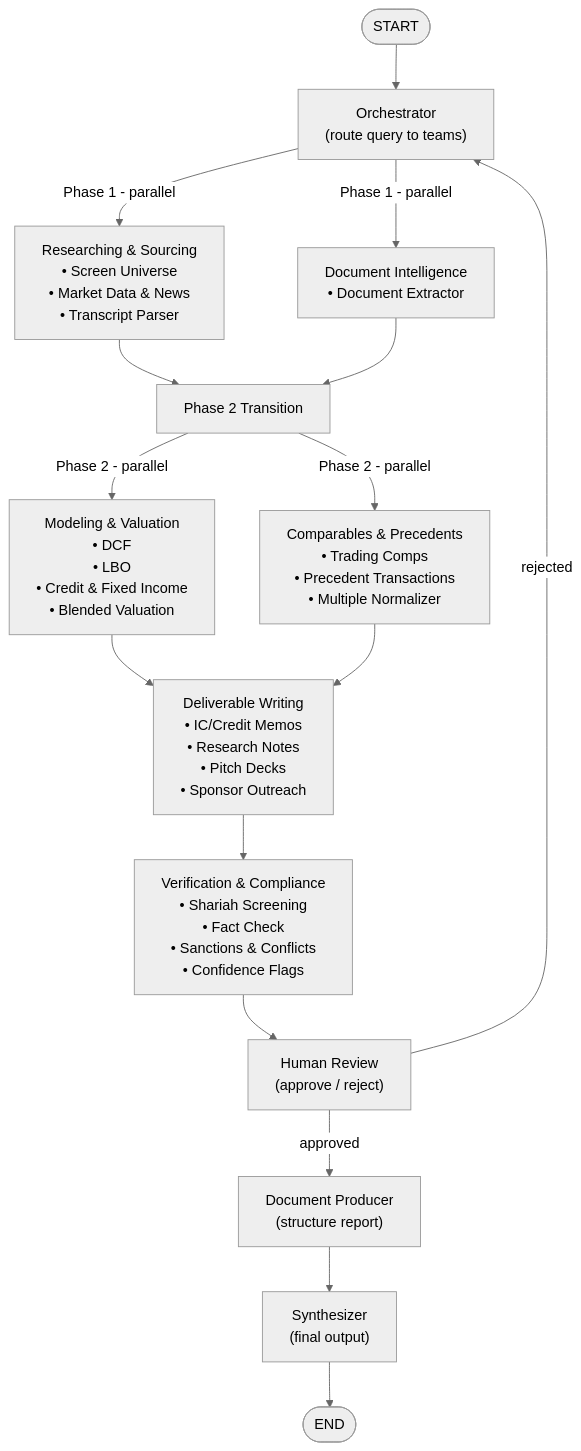
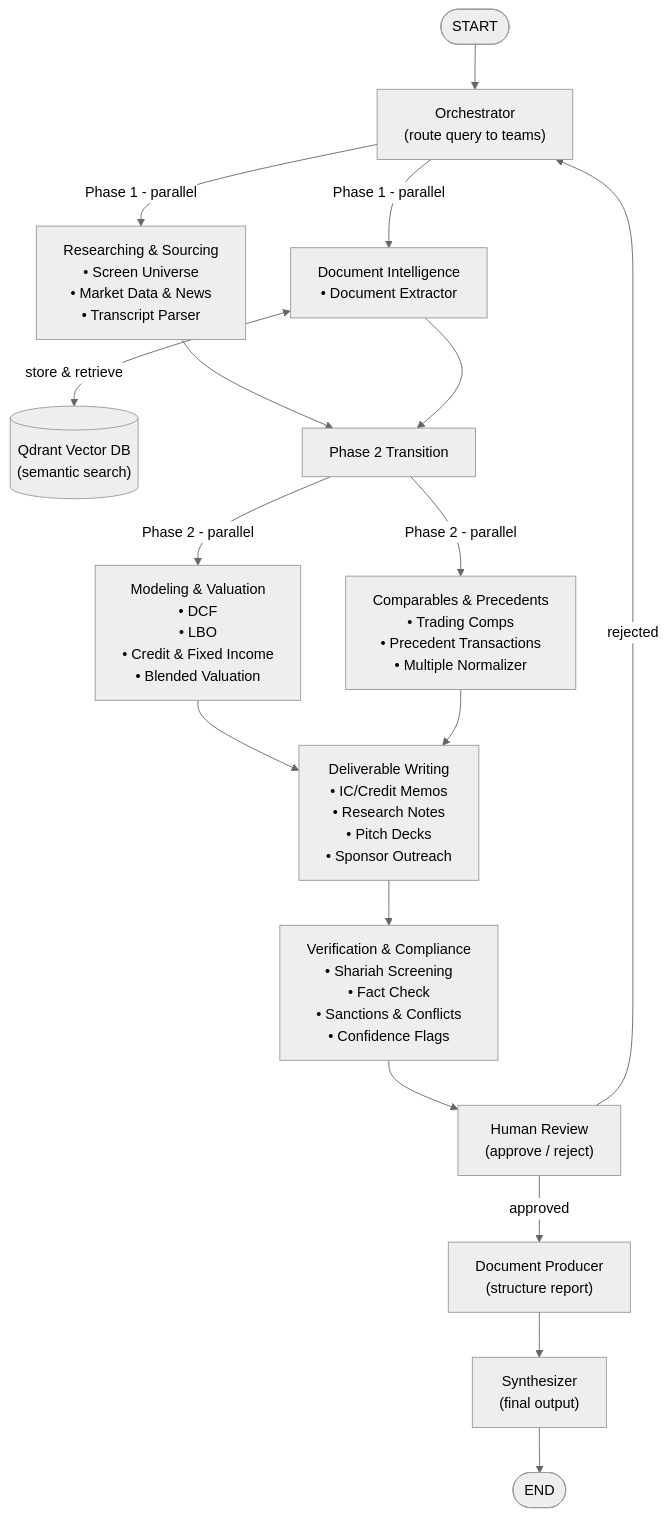
Before and after one commit to sawtag/faheem: the first of 2 diagrams in README.md, drawn with Mermaid (neutral theme). The commit also changed other lines of this file and 5 other files, not shown here.

Commit message:
feat: add Qdrant vector store implementation for document similarity search

````diff
--- a/README.md
+++ b/README.md
@@ -11,26 +11,29 @@
 ```mermaid
 flowchart TD
     START([START]) --> orchestrator["Orchestrator\n(route query to teams)"]
 
     orchestrator -->|Phase 1 - parallel| rs["Researching & Sourcing\n• Screen Universe\n• Market Data & News\n• Transcript Parser"]
     orchestrator -->|Phase 1 - parallel| di["Document Intelligence\n• Document Extractor"]
+
+    qdrant[("Qdrant Vector DB\n(semantic search)")]
+    di <-->|store & retrieve| qdrant
 
     rs --> p2_join["Phase 2 Transition"]
     di --> p2_join
 
     p2_join -->|Phase 2 - parallel| mv["Modeling & Valuation\n• DCF\n• LBO\n• Credit & Fixed Income\n• Blended Valuation"]
     p2_join -->|Phase 2 - parallel| cp["Comparables & Precedents\n• Trading Comps\n• Precedent Transactions\n• Multiple Normalizer"]
 
     mv --> dw["Deliverable Writing\n• IC/Credit Memos\n• Research Notes\n• Pitch Decks\n• Sponsor Outreach"]
     cp --> dw
 
     dw --> vc["Verification & Compliance\n• Shariah Screening\n• Fact Check\n• Sanctions & Conflicts\n• Confidence Flags"]
 
     vc --> hr["Human Review\n(approve / reject)"]
 
     hr -->|approved| dp["Document Producer\n(structure report)"]
     hr -->|rejected| orchestrator
 
     dp --> synth["Synthesizer\n(final output)"]
     synth --> END([END])
 ```
````
